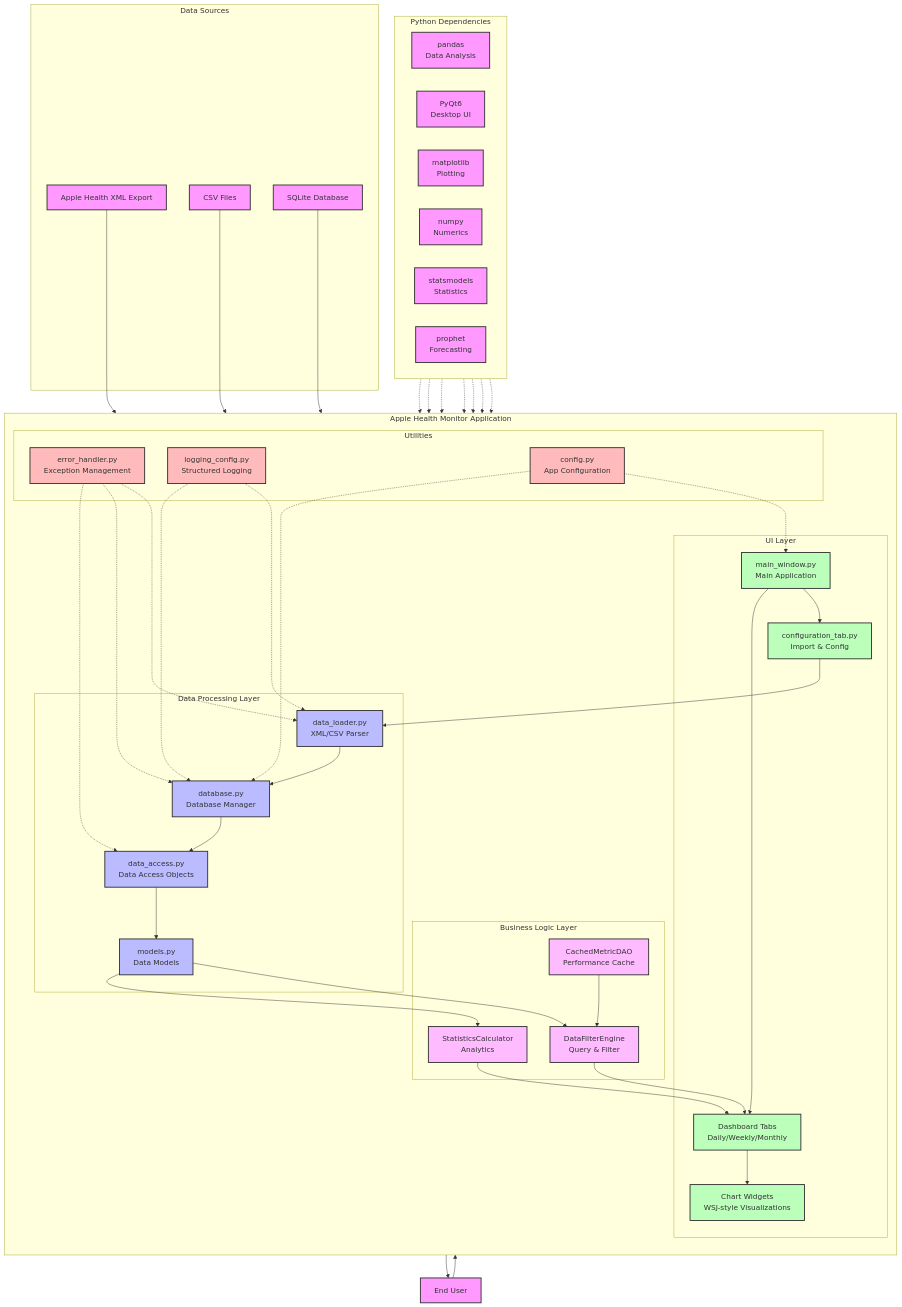
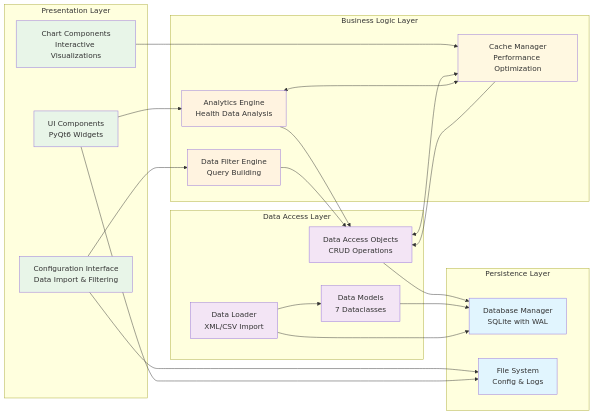
One commit to AlexFiliakov/iQuest changed the third of 4 diagrams in docs/architecture/context_diagram.md. Above: the diagram before and after it, drawn with Mermaid. The commit also changed other lines of this file and 9 other files, not shown here.

First line of the commit message:
docs: update architecture documentation and project specs

````diff
--- a/docs/architecture/context_diagram.md
+++ b/docs/architecture/context_diagram.md
@@ -5,113 +127,62 @@
 ```mermaid
-flowchart TB
-    %% External Data Sources
-    subgraph "Data Sources"
-        XML[Apple Health XML Export]
-        CSV[CSV Files]
-        SQLite[SQLite Database]
+flowchart LR
+    subgraph "Presentation Layer"
+        UI[UI Components<br/>PyQt6 Widgets]
+        CHARTS[Chart Components<br/>Interactive Visualizations]
+        CONFIG[Configuration Interface<br/>Data Import & Filtering]
     end
-
-    %% Core Application
-    subgraph "Apple Health Monitor Application"
-        direction TB
-        
-        %% Data Layer
-        subgraph "Data Processing Layer"
-            DL[data_loader.py<br/>XML/CSV Parser]
-            DB[database.py<br/>Database Manager]
-            DA[data_access.py<br/>Data Access Objects]
-            MOD[models.py<br/>Data Models]
-        end
-        
-        %% Business Logic
-        subgraph "Business Logic Layer"
-            FILTER[DataFilterEngine<br/>Query & Filter]
-            STATS[StatisticsCalculator<br/>Analytics]
-            CACHE[CachedMetricDAO<br/>Performance Cache]
-        end
-        
-        %% UI Layer
-        subgraph "UI Layer"
-            MW[main_window.py<br/>Main Application]
-            CT[configuration_tab.py<br/>Import & Config]
-            DASH[Dashboard Tabs<br/>Daily/Weekly/Monthly]
-            CHARTS[Chart Widgets<br/>WSJ-style Visualizations]
-        end
-        
-        %% Utilities
-        subgraph "Utilities"
-            ERR[error_handler.py<br/>Exception Management]
-            LOG[logging_config.py<br/>Structured Logging]
-            CFG[config.py<br/>App Configuration]
-        end
+    
+    subgraph "Business Logic Layer"
+        ANALYTICS[Analytics Engine<br/>Health Data Analysis]
+        CACHE[Cache Manager<br/>Performance Optimization]
+        FILTERS[Data Filter Engine<br/>Query Building]
     end
-
-    %% External Dependencies
-    subgraph "Python Dependencies"
-        direction LR
-        PD[pandas<br/>Data Analysis]
-        QT[PyQt6<br/>Desktop UI]
-        MPL[matplotlib<br/>Plotting]
-        NP[numpy<br/>Numerics]
-        STATS_LIB[statsmodels<br/>Statistics]
-        PROPHET[prophet<br/>Forecasting]
+    
+    subgraph "Data Access Layer"
+        DAO[Data Access Objects<br/>CRUD Operations]
+        MODELS[Data Models<br/>7 Dataclasses]
+        LOADER[Data Loader<br/>XML/CSV Import]
     end
-
-    %% User
-    USER[End User]
-
-    %% Data Flow
-    XML --> DL
-    CSV --> DL
-    SQLite --> DB
     
-    DL --> DB
-    DB --> DA
-    DA --> MOD
-    MOD --> FILTER
-    MOD --> STATS
+    subgraph "Persistence Layer"
+        DB[Database Manager<br/>SQLite with WAL]
+        FILES[File System<br/>Config & Logs]
+    end
     
-    FILTER --> DASH
-    STATS --> DASH
-    CACHE --> FILTER
+    %% UI to Business Logic
+    UI --> ANALYTICS
+    CHARTS --> CACHE
+    CONFIG --> FILTERS
     
-    CT --> DL
-    DASH --> CHARTS
-    MW --> CT
-    MW --> DASH
+    %% Business Logic to Data Access
+    ANALYTICS --> DAO
+    CACHE --> DAO
+    FILTERS --> DAO
+    LOADER --> MODELS
     
-    USER --> MW
-    CHARTS --> USER
+    %% Data Access to Persistence
+    DAO --> DB
+    MODELS --> DB
+    LOADER --> DB
     
-    %% Utility connections
-    ERR -.-> DL
-    ERR -.-> DB
-    ERR -.-> DA
-    LOG -.-> DL
-    LOG -.-> DB
-    CFG -.-> MW
-    CFG -.-> DB
+    %% Configuration flow
+    CONFIG --> FILES
+    UI --> FILES
     
-    %% External lib usage
-    PD -.-> DL
-    PD -.-> FILTER
-    QT -.-> MW
-    MPL -.-> CHARTS
-    NP -.-> STATS
-    STATS_LIB -.-> STATS
-    PROPHET -.-> STATS
-
+    %% Bidirectional data flow
+    DAO <--> CACHE
+    ANALYTICS <--> CACHE
+    
     %% Styling
-    classDef external fill:#f9f,stroke:#333,stroke-width:2px
-    classDef data fill:#bbf,stroke:#333,stroke-width:2px
-    classDef ui fill:#bfb,stroke:#333,stroke-width:2px
-    classDef util fill:#fbb,stroke:#333,stroke-width:2px
-    classDef logic fill:#fbf,stroke:#333,stroke-width:2px
-    
-    class XML,CSV,SQLite,USER external
-    class DL,DB,DA,MOD data
-    class MW,CT,DASH,CHARTS ui
-    class ERR,LOG,CFG util
-    class FILTER,STATS,CACHE logic
-    class PD,QT,MPL,NP,STATS_LIB,PROPHET external
+    style UI fill:#e8f5e8
+    style CHARTS fill:#e8f5e8
+    style CONFIG fill:#e8f5e8
+    style ANALYTICS fill:#fff3e0
+    style CACHE fill:#fff8e1
+    style FILTERS fill:#fff3e0
+    style DAO fill:#f3e5f5
+    style MODELS fill:#f3e5f5
+    style LOADER fill:#f3e5f5
+    style DB fill:#e1f5fe
+    style FILES fill:#e1f5fe
 ```
````
